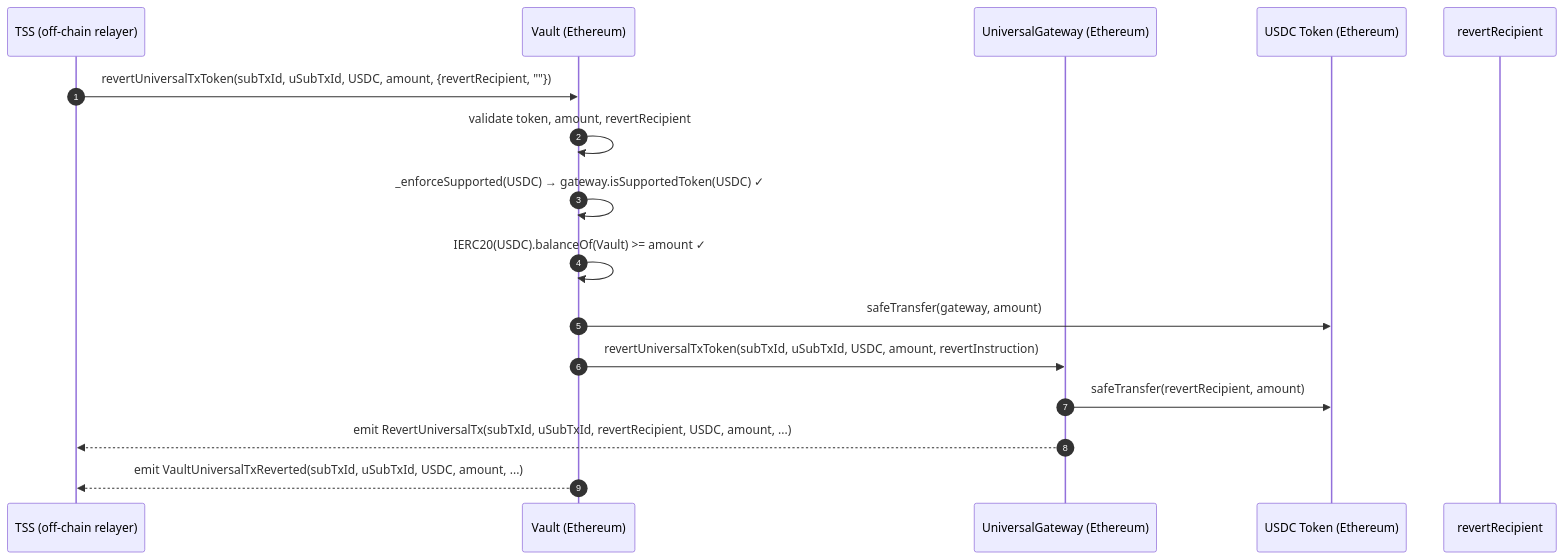
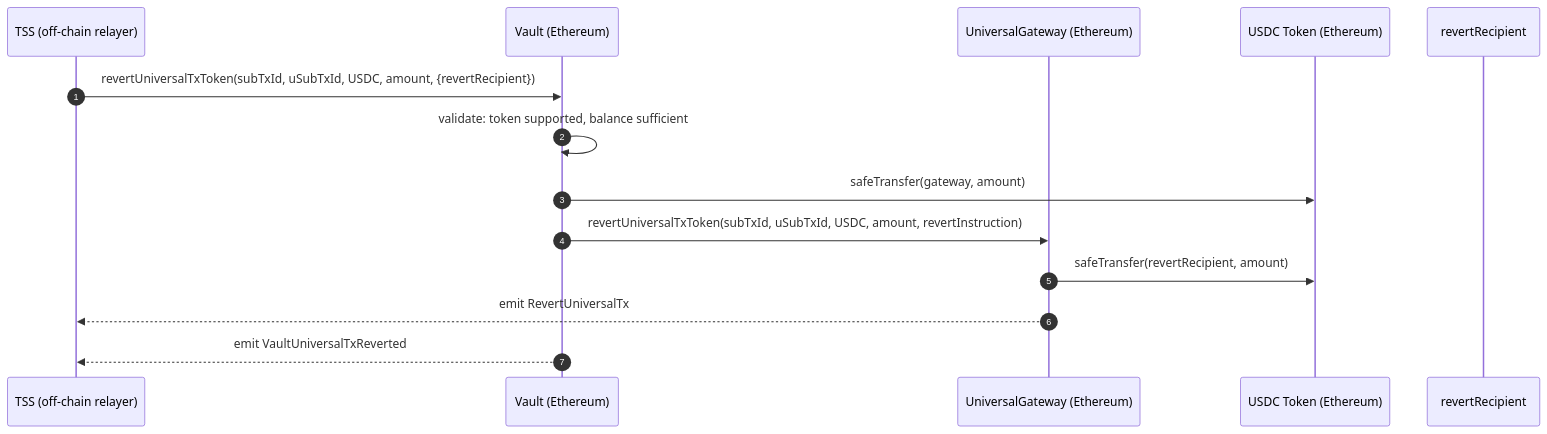
Before and after one commit to pushchain/push-chain-gateway-contracts: diagram 11 of 12 in contracts/evm-gateway/docs/4_OutboundTx_Flows.md, drawn with Mermaid. The commit also changed other lines of this file, not shown here.

````diff
--- a/contracts/evm-gateway/docs/4_OutboundTx_Flows.md
+++ b/contracts/evm-gateway/docs/4_OutboundTx_Flows.md
@@ -1231,19 +824,17 @@
 ```mermaid
 sequenceDiagram
     autonumber
     participant TSS as TSS (off-chain relayer)
     participant V as Vault (Ethereum)
     participant GW as UniversalGateway (Ethereum)
     participant USDC as USDC Token (Ethereum)
     participant R as revertRecipient
 
-    TSS->>V: revertUniversalTxToken(subTxId, uSubTxId, USDC, amount, {revertRecipient, ""})
-    V->>V: validate token, amount, revertRecipient
-    V->>V: _enforceSupported(USDC) → gateway.isSupportedToken(USDC) ✓
-    V->>V: IERC20(USDC).balanceOf(Vault) >= amount ✓
+    TSS->>V: revertUniversalTxToken(subTxId, uSubTxId, USDC, amount, {revertRecipient})
+    V->>V: validate: token supported, balance sufficient
     V->>USDC: safeTransfer(gateway, amount)
     V->>GW: revertUniversalTxToken(subTxId, uSubTxId, USDC, amount, revertInstruction)
     GW->>USDC: safeTransfer(revertRecipient, amount)
-    GW-->>TSS: emit RevertUniversalTx(subTxId, uSubTxId, revertRecipient, USDC, amount, ...)
-    V-->>TSS: emit VaultUniversalTxReverted(subTxId, uSubTxId, USDC, amount, ...)
+    GW-->>TSS: emit RevertUniversalTx
+    V-->>TSS: emit VaultUniversalTxReverted
 ```
````
